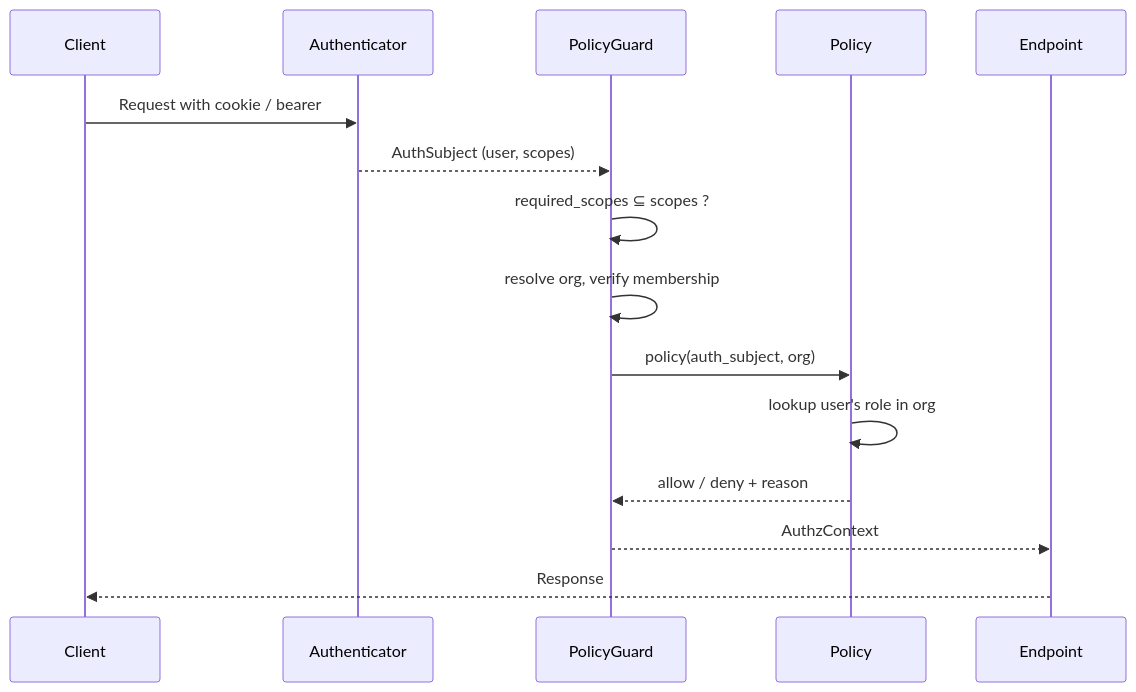
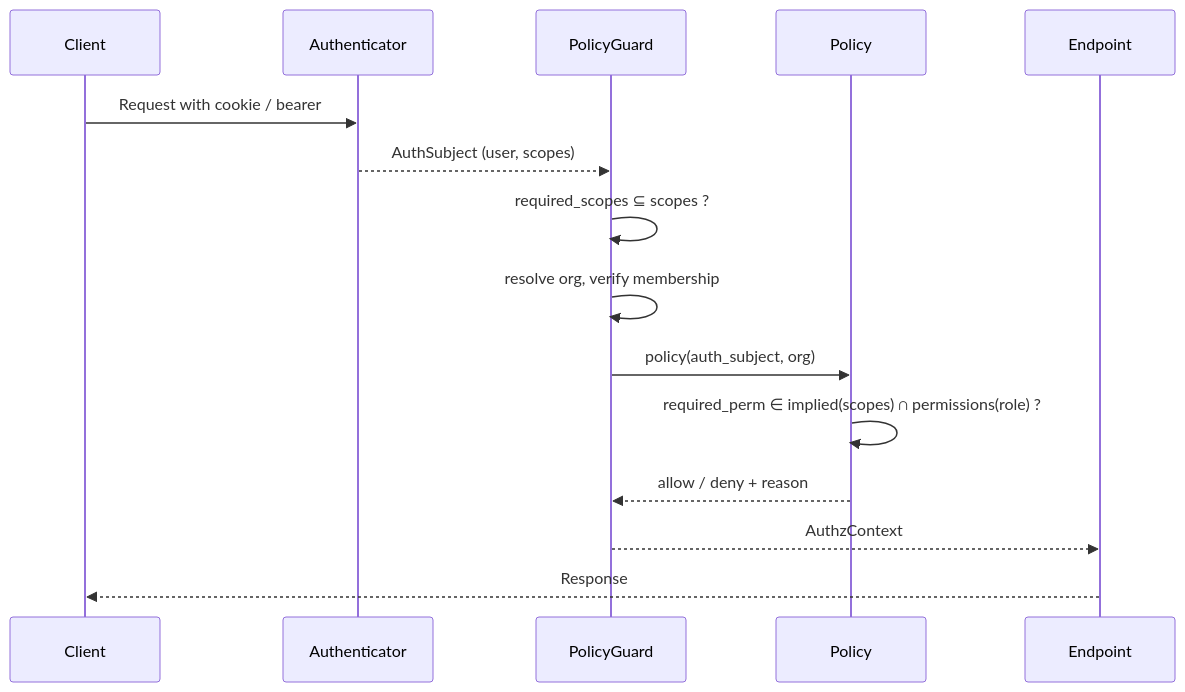
One commit to polarsource/polar changed the diagram in handbook/engineering/design-documents/rbac.mdx. Above: the diagram before and after it, drawn with Mermaid. The commit also changed other lines of this file, not shown here.

Commit message:
Make owner a distinct yet derived role and introduce permissions as the glue between roles and policies

````diff
--- a/handbook/engineering/design-documents/rbac.mdx
+++ b/handbook/engineering/design-documents/rbac.mdx
@@ -99,18 +142,18 @@
 ```mermaid
 sequenceDiagram
     participant Client
     participant Authenticator
     participant PolicyGuard
     participant Policy
     participant Endpoint
 
     Client->>Authenticator: Request with cookie / bearer
     Authenticator-->>PolicyGuard: AuthSubject (user, scopes)
     PolicyGuard->>PolicyGuard: required_scopes ⊆ scopes ?
     PolicyGuard->>PolicyGuard: resolve org, verify membership
     PolicyGuard->>Policy: policy(auth_subject, org)
-    Policy->>Policy: lookup user's role in org
+    Policy->>Policy: required_perm ∈ implied(scopes) ∩ permissions(role) ?
     Policy-->>PolicyGuard: allow / deny + reason
     PolicyGuard-->>Endpoint: AuthzContext
     Endpoint-->>Client: Response
 ```
````
